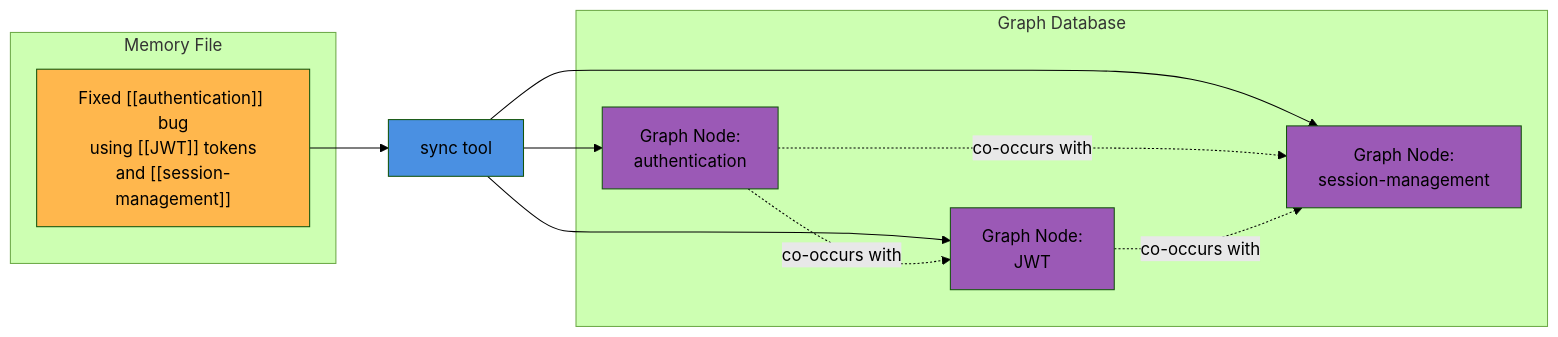
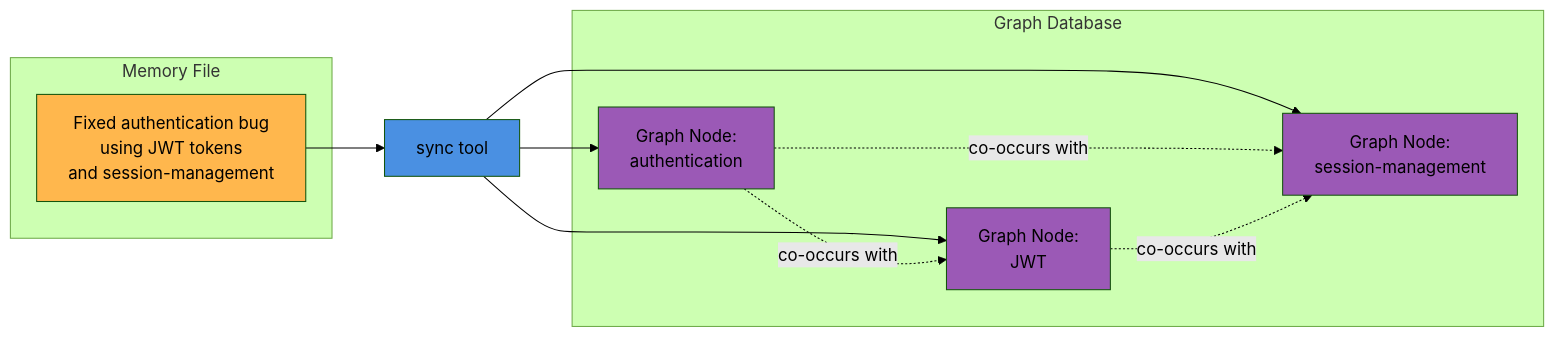
Before and after one commit to msbrettorg/maenifold: the sixth of 7 diagrams in integrations/skills/maenifold/README.md, drawn with Mermaid (forest theme). The commit also changed other lines of this file and 1 other file, not shown here.

First line of the commit message:
fix: resolve all Mermaid rendering issues in skill README diagrams

````diff
--- a/integrations/skills/maenifold/README.md
+++ b/integrations/skills/maenifold/README.md
@@ -216,28 +216,28 @@
 ```mermaid
 graph LR
     subgraph "Memory File"
-        Content["Fixed [[authentication]] bug<br/>using [[JWT]] tokens<br/>and [[session-management]]"]
+        Content["Fixed authentication bug<br/>using JWT tokens<br/>and session-management"]
     end
 
     Content --> Sync[sync tool]
 
     Sync --> Node1["Graph Node:<br/>authentication"]
     Sync --> Node2["Graph Node:<br/>JWT"]
     Sync --> Node3["Graph Node:<br/>session-management"]
 
     Node1 -.->|co-occurs with| Node2
     Node1 -.->|co-occurs with| Node3
     Node2 -.->|co-occurs with| Node3
 
     subgraph "Graph Database"
         Node1
         Node2
         Node3
     end
 
     style Content fill:#FFB74D
     style Sync fill:#4A90E2
     style Node1 fill:#9B59B6
     style Node2 fill:#9B59B6
     style Node3 fill:#9B59B6
 ```
````
